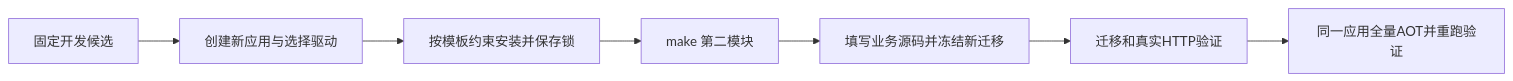
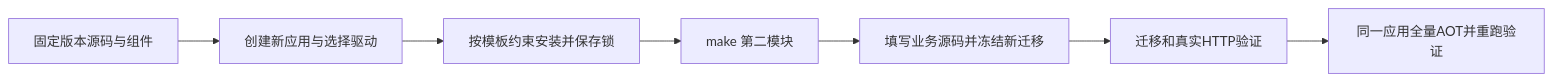
Before and after one commit to zoujingli/typeapp: the first of 3 diagrams in docs/guide/tutorial.md, drawn with Mermaid. The commit also changed other lines of this file and 24 other files, not shown here.

````diff
--- a/docs/guide/tutorial.md
+++ b/docs/guide/tutorial.md
@@ -7,9 +7,9 @@
 ```mermaid
 flowchart LR
-  Source[固定开发候选] --> Create[创建新应用与选择驱动]
+  Source[固定版本源码与组件] --> Create[创建新应用与选择驱动]
   Create --> Install[按模板约束安装并保存锁]
   Install --> Make[make 第二模块]
   Make --> Schema[填写业务源码并冻结新迁移]
   Schema --> HTTP[迁移和真实HTTP验证]
   HTTP --> Build[同一应用全量AOT并重跑验证]
 ```
````
